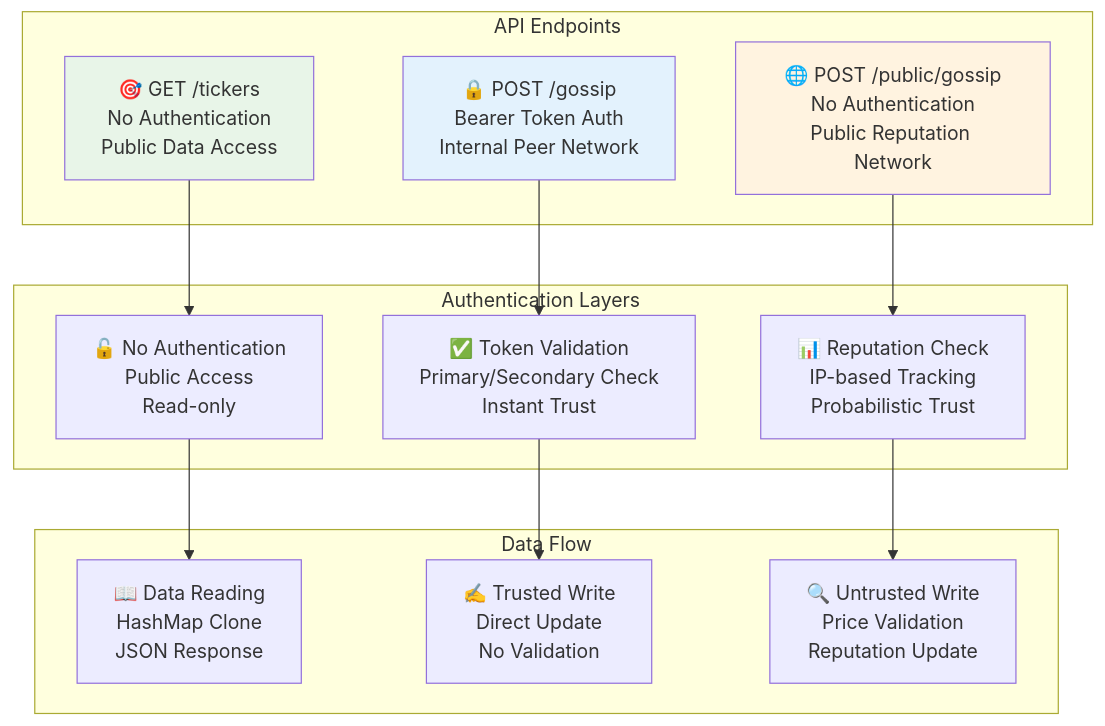
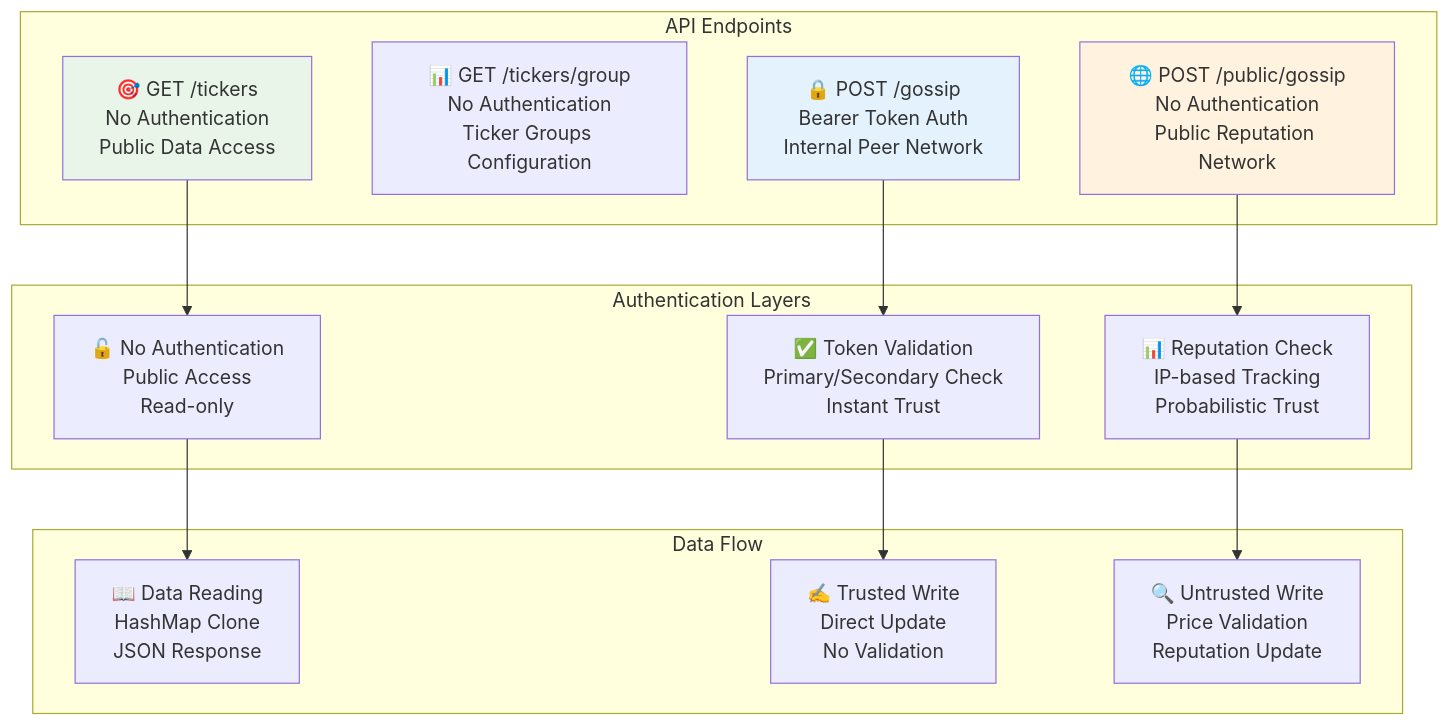
Before and after one commit to quanhua92/aipriceaction-proxy: diagram 12 of 17 in docs/README.md, drawn with Mermaid. The commit also changed other lines of this file and 1 other file, not shown here.

````diff
--- a/docs/README.md
+++ b/docs/README.md
@@ -1176,32 +1204,33 @@
 ```mermaid
 graph TB
     subgraph "API Endpoints"
         TICKERS[🎯 GET /tickers<br/>No Authentication<br/>Public Data Access]
+        GROUPS[📊 GET /tickers/group<br/>No Authentication<br/>Ticker Groups Configuration]
         INTERNAL[🔒 POST /gossip<br/>Bearer Token Auth<br/>Internal Peer Network]
         PUBLIC[🌐 POST /public/gossip<br/>No Authentication<br/>Public Reputation Network]
     end
     
     subgraph "Authentication Layers"
         TOKEN_VALID[✅ Token Validation<br/>Primary/Secondary Check<br/>Instant Trust]
         REP_CHECK[📊 Reputation Check<br/>IP-based Tracking<br/>Probabilistic Trust]
         NO_AUTH[🔓 No Authentication<br/>Public Access<br/>Read-only]
     end
     
     subgraph "Data Flow"
         READ[📖 Data Reading<br/>HashMap Clone<br/>JSON Response]
         WRITE_TRUSTED[✍️ Trusted Write<br/>Direct Update<br/>No Validation]
         WRITE_UNTRUSTED[🔍 Untrusted Write<br/>Price Validation<br/>Reputation Update]
     end
     
     TICKERS --> NO_AUTH
     INTERNAL --> TOKEN_VALID
     PUBLIC --> REP_CHECK
     
     NO_AUTH --> READ
     TOKEN_VALID --> WRITE_TRUSTED
     REP_CHECK --> WRITE_UNTRUSTED
     
     style TICKERS fill:#e8f5e8
     style INTERNAL fill:#e3f2fd
     style PUBLIC fill:#fff3e0
 ```
````
